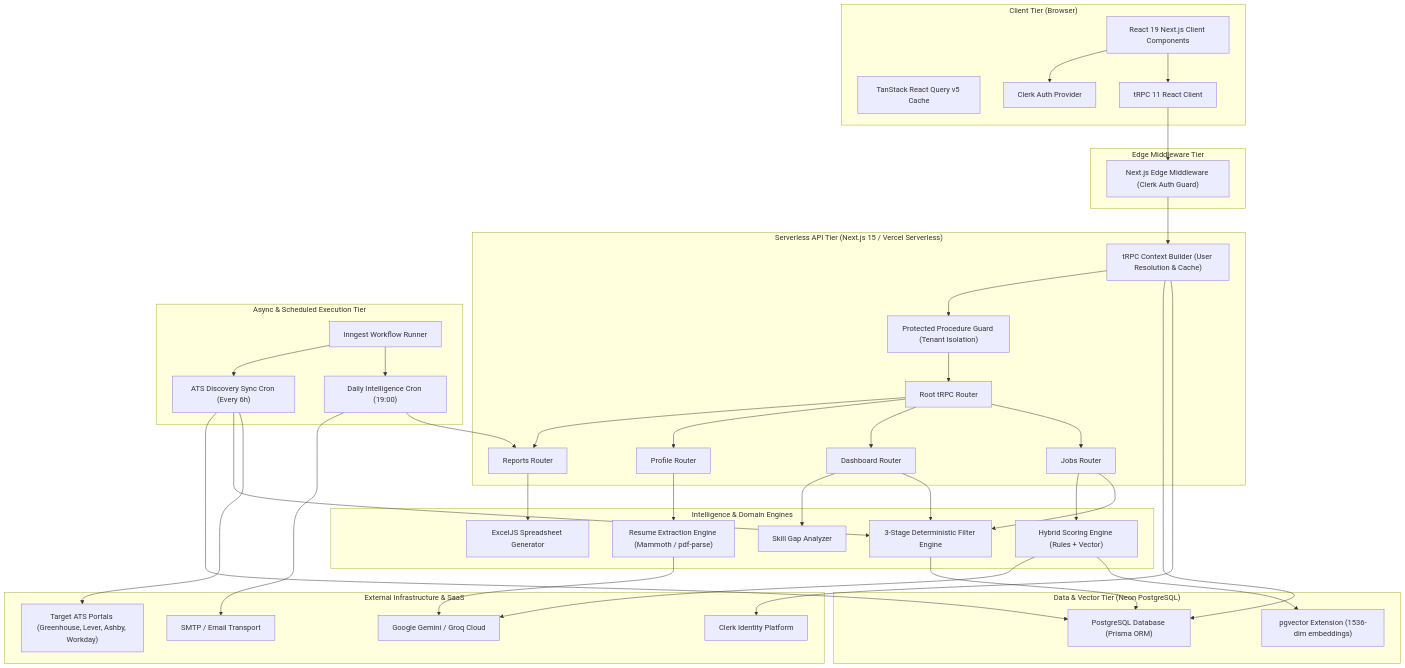
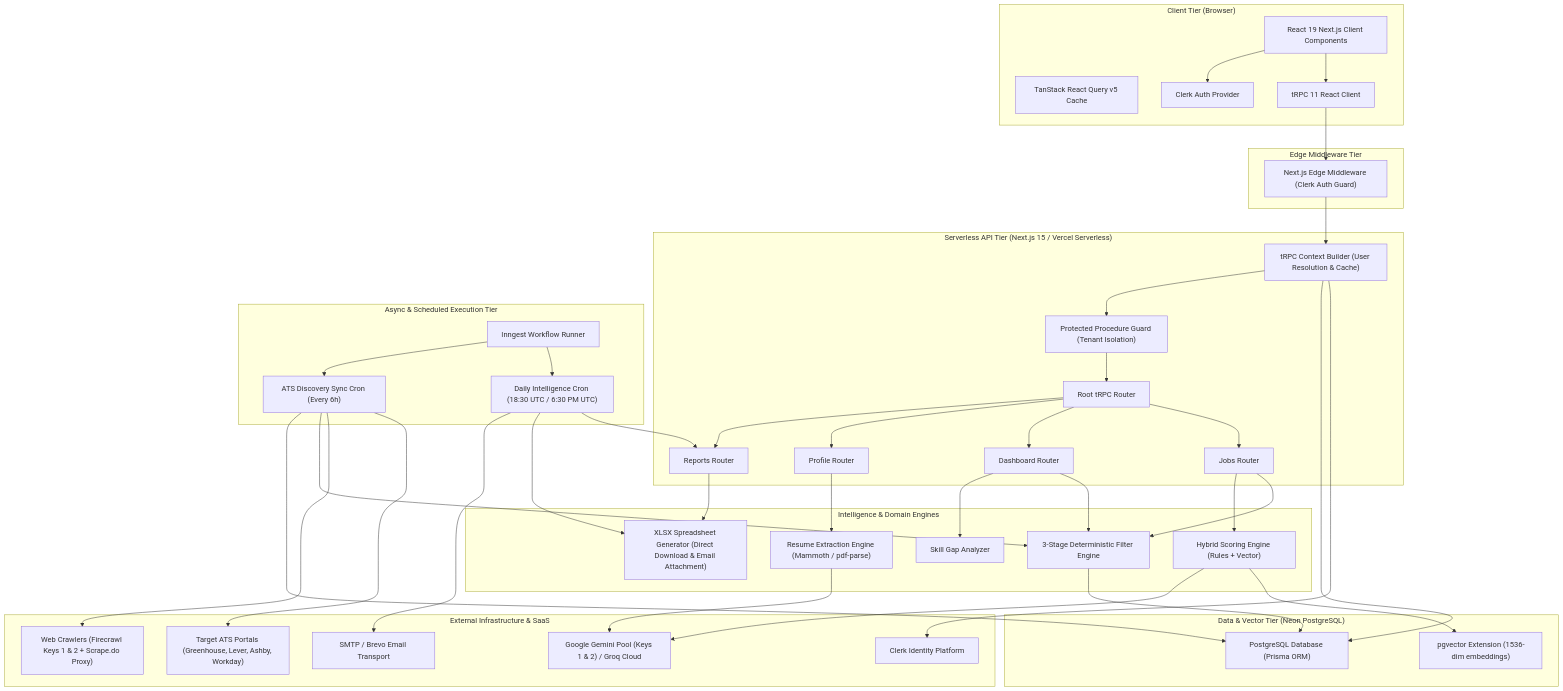
Before and after one commit to AdrishKarak/Job-intel: the first of 5 diagrams in Architecture.md, drawn with Mermaid. The commit also changed other lines of this file and 17 other files, not shown here.

````diff
--- a/Architecture.md
+++ b/Architecture.md
@@ -48,12 +48,12 @@
         MatchingEngine["Hybrid Scoring Engine (Rules + Vector)"]
         ResumeParser["Resume Extraction Engine (Mammoth / pdf-parse)"]
         SkillGapEngine["Skill Gap Analyzer"]
-        ExcelEngine["ExcelJS Spreadsheet Generator"]
+        ExcelEngine["XLSX Spreadsheet Generator (Direct Download & Email Attachment)"]
     end
 
     subgraph WorkerTier["Async & Scheduled Execution Tier"]
         InngestClient["Inngest Workflow Runner"]
-        CronDaily["Daily Intelligence Cron (19:00)"]
+        CronDaily["Daily Intelligence Cron (18:30 UTC / 6:30 PM UTC)"]
         CronSync["ATS Discovery Sync Cron (Every 6h)"]
     end
 
@@ -64,9 +64,10 @@
 
     subgraph ExternalServices["External Infrastructure & SaaS"]
         ClerkAuth["Clerk Identity Platform"]
-        AIProviders["Google Gemini / Groq Cloud"]
+        AIProviders["Google Gemini Pool (Keys 1 & 2) / Groq Cloud"]
         ATSBoards["Target ATS Portals (Greenhouse, Lever, Ashby, Workday)"]
-        SMTPService["SMTP / Email Transport"]
+        WebCrawlers["Web Crawlers (Firecrawl Keys 1 & 2 + Scrape.do Proxy)"]
+        SMTPService["SMTP / Brevo Email Transport"]
     end
 
     UI --> TRPCC
@@ -97,8 +98,10 @@
     InngestClient --> CronDaily
     InngestClient --> CronSync
     CronDaily --> RepR
+    CronDaily --> ExcelEngine
     CronDaily --> SMTPService
     CronSync --> ATSBoards
+    CronSync --> WebCrawlers
     CronSync --> FilterEngine
     CronSync --> PG
 ```
````
